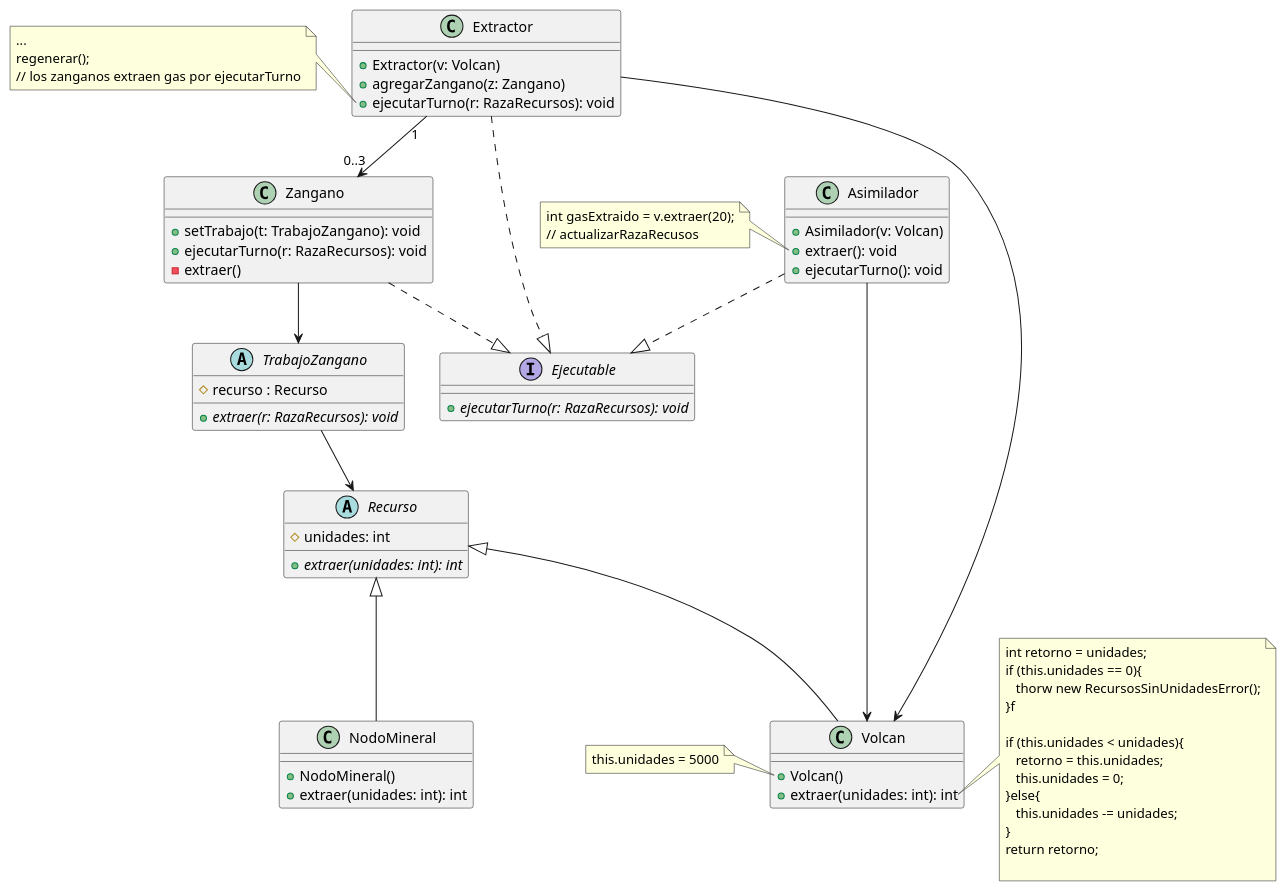
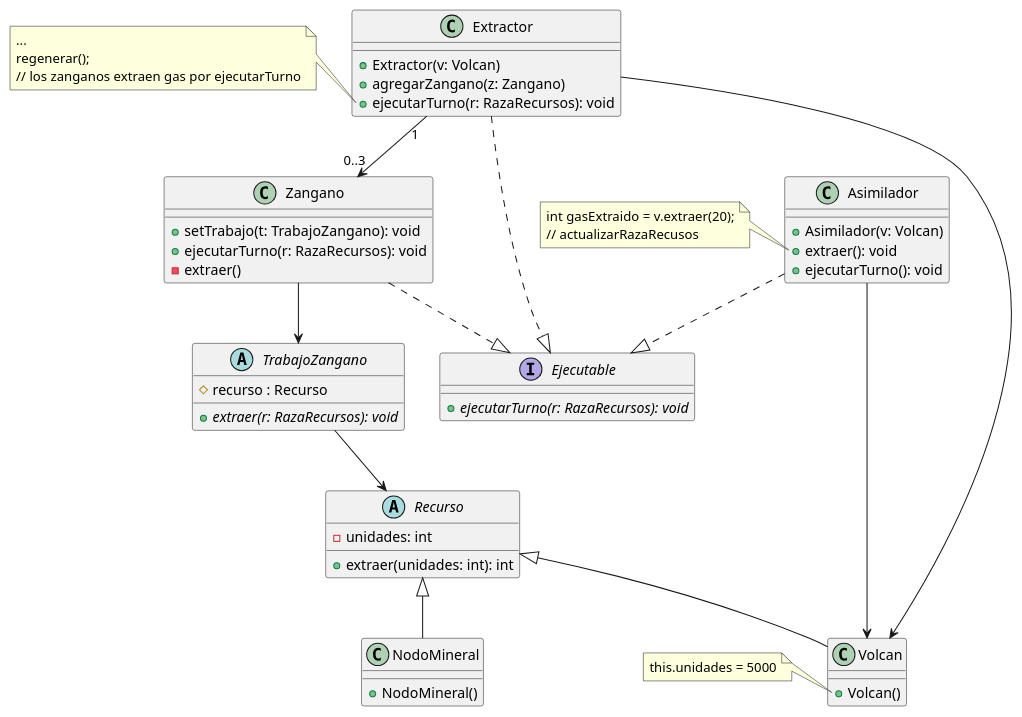
The diagram in diagrams/classes/DiagramaClasesExtraccionGas.puml (nicolasgirardi/algo3_TP2_AlgoStar), drawn with PlantUML before and after one commit. The commit also changed 7 other files, not shown here.

Commit message:
correccion de diagramas de clases y agrega otro test del CasoDeUso15

```diff
--- a/diagrams/classes/DiagramaClasesExtraccionGas.puml
+++ b/diagrams/classes/DiagramaClasesExtraccionGas.puml
@@ -1,106 +1,89 @@
 @startuml
 
 
 interface Ejecutable {
    + {abstract} ejecutarTurno(r: RazaRecursos): void
 }
 
 
 class Extractor{
    + Extractor(v: Volcan)
    + agregarZangano(z: Zangano)
    + ejecutarTurno(r: RazaRecursos): void
 }
 
 note left of Extractor::ejecutarTurno
    ...
    regenerar();
    // los zanganos extraen gas por ejecutarTurno
 end note
 
 
 
 
 class Zangano {
    + setTrabajo(t: TrabajoZangano): void
    + ejecutarTurno(r: RazaRecursos): void
    - extraer()
 }
 
 
 abstract class TrabajoZangano {
    # recurso : Recurso
    + {abstract} extraer(r: RazaRecursos): void
 }
 
 
 
 class Asimilador{
    + Asimilador(v: Volcan)
    + extraer(): void
    + ejecutarTurno(): void
 }
 note left of Asimilador::extraer
   int gasExtraido = v.extraer(20);
   // actualizarRazaRecusos
 end note
 
 abstract class Recurso {
-   # unidades: int
-   + {abstract} extraer(unidades: int): int
+   - unidades: int
+   +extraer(unidades: int): int
 }
-
 
 class NodoMineral {
    + NodoMineral()
-+extraer(unidades: int): int
 }
 
 class Volcan{
    + Volcan()
-   + extraer(unidades: int): int
 }
 note left of Volcan::Volcan
    this.unidades = 5000
 end note
-note right of Volcan::extraer
-   int retorno = unidades;
-   if (this.unidades == 0){
-      thorw new RecursosSinUnidadesError();
-   }f
 
-   if (this.unidades < unidades){
-      retorno = this.unidades;
-      this.unidades = 0;
-   }else{
-      this.unidades -= unidades;
-   }
-   return retorno;
-
-end note
 
 
 
 
 
 
 Recurso <|-- Volcan
 Recurso <|-- NodoMineral
 
 Extractor ..|> Ejecutable
 Extractor "1"-->"0..3" Zangano
 
 
 
 
 Asimilador ..|> Ejecutable
 Asimilador --> Volcan
 
 Extractor --> Volcan
 
 Zangano --> TrabajoZangano
 Zangano ..|> Ejecutable
 
 
 TrabajoZangano --> Recurso
 @enduml
```
